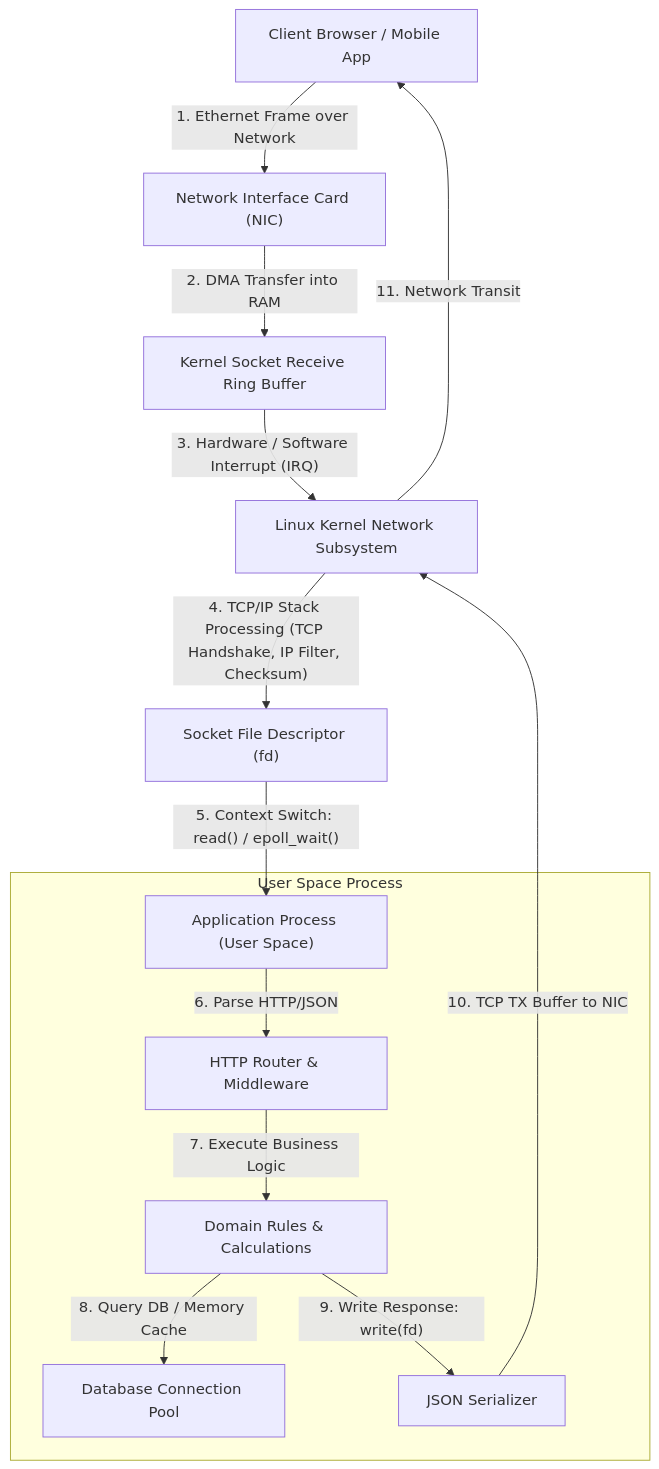
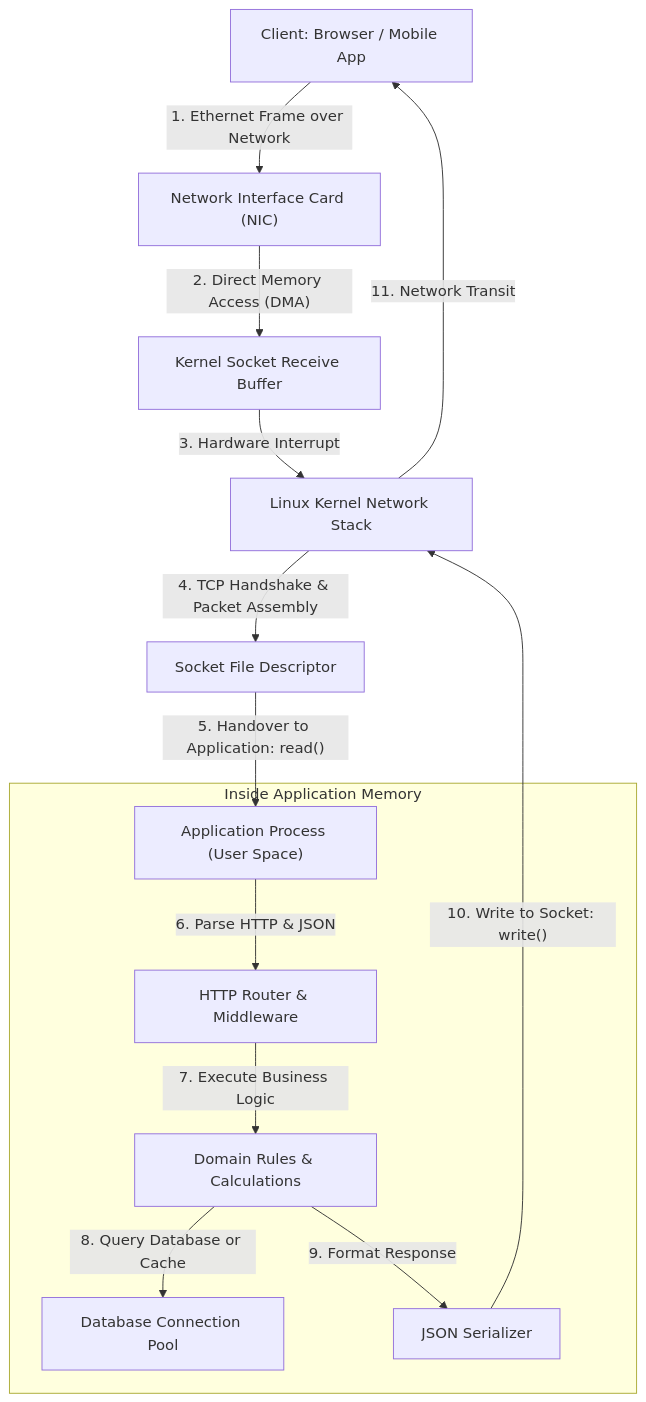
One commit to Sujalkathait/high-level-design changed the first of 9 diagrams in server.md. Above: the diagram before and after it, drawn with Mermaid. The commit also changed other lines of this file, not shown here.

````diff
--- a/server.md
+++ b/server.md
@@ -33,18 +43,18 @@
 ```mermaid
 flowchart TD
-    Client["Client Browser / Mobile App"] -->|"1. Ethernet Frame over Network"| NIC["Network Interface Card (NIC)"]
-    NIC -->|"2. DMA Transfer into RAM"| RingBuffer["Kernel Socket Receive Ring Buffer"]
-    RingBuffer -->|"3. Hardware / Software Interrupt (IRQ)"| Kernel["Linux Kernel Network Subsystem"]
-    Kernel -->|"4. TCP/IP Stack Processing (TCP Handshake, IP Filter, Checksum)"| Socket["Socket File Descriptor (fd)"]
-    Socket -->|"5. Context Switch: read() / epoll_wait()"| AppProcess["Application Process (User Space)"]
+    Client["Client: Browser / Mobile App"] -->|"1. Ethernet Frame over Network"| NIC["Network Interface Card (NIC)"]
+    NIC -->|"2. Direct Memory Access (DMA)"| RingBuffer["Kernel Socket Receive Buffer"]
+    RingBuffer -->|"3. Hardware Interrupt"| Kernel["Linux Kernel Network Stack"]
+    Kernel -->|"4. TCP Handshake & Packet Assembly"| Socket["Socket File Descriptor"]
+    Socket -->|"5. Handover to Application: read()"| AppProcess["Application Process (User Space)"]
     
-    subgraph UserSpace ["User Space Process"]
-        AppProcess -->|"6. Parse HTTP/JSON"| Router["HTTP Router & Middleware"]
+    subgraph UserSpace ["Inside Application Memory"]
+        AppProcess -->|"6. Parse HTTP & JSON"| Router["HTTP Router & Middleware"]
         Router -->|"7. Execute Business Logic"| BusinessLogic["Domain Rules & Calculations"]
-        BusinessLogic -->|"8. Query DB / Memory Cache"| StoragePool["Database Connection Pool"]
-        BusinessLogic -->|"9. Write Response: write(fd)"| Serializer["JSON Serializer"]
+        BusinessLogic -->|"8. Query Database or Cache"| StoragePool["Database Connection Pool"]
+        BusinessLogic -->|"9. Format Response"| Serializer["JSON Serializer"]
     end
 
-    Serializer -->|"10. TCP TX Buffer to NIC"| Kernel
+    Serializer -->|"10. Write to Socket: write()"| Kernel
     Kernel -->|"11. Network Transit"| Client
 ```
````
